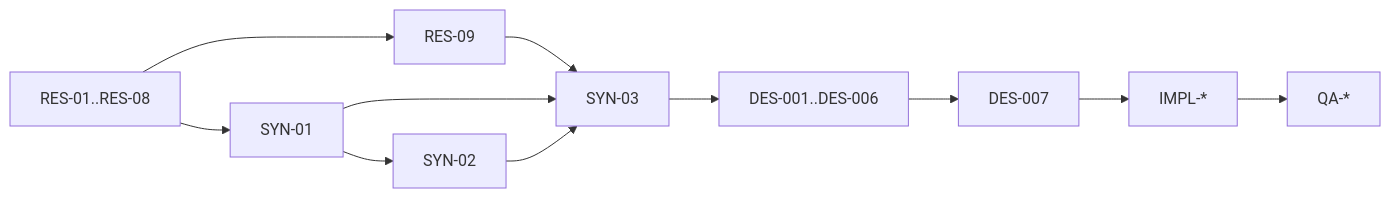
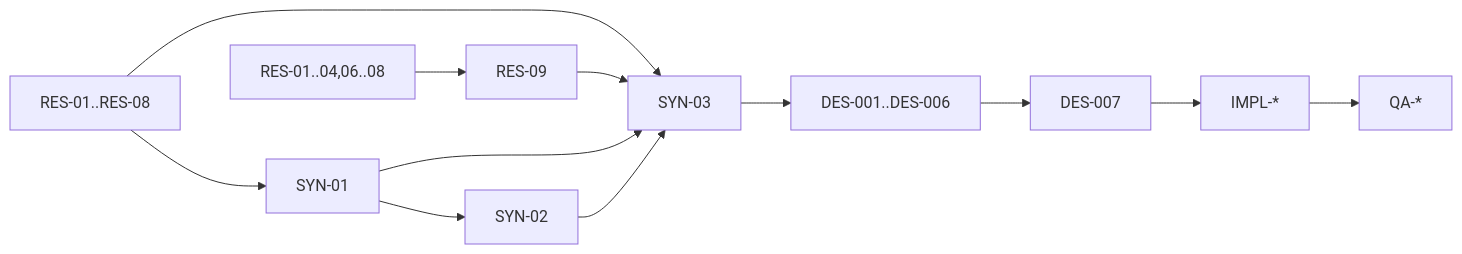
One commit to Glatzel/fornax changed the diagram in agent-work/tasks/raw-pipeline/README.md. Above: the diagram before and after it, drawn with Mermaid. The commit also changed other lines of this file and 8 other files, not shown here.

````diff
--- a/agent-work/tasks/raw-pipeline/README.md
+++ b/agent-work/tasks/raw-pipeline/README.md
@@ -66,13 +71,14 @@
 ```mermaid
 flowchart LR
     R0["RES-01..RES-08"] --> S1["SYN-01"]
-    R0 --> R9["RES-09"]
-    R9 --> S3["SYN-03"]
+    R0 --> S3["SYN-03"]
+    BackendReports["RES-01..04,06..08"] --> R9["RES-09"]
+    R9 --> S3
     S1 --> S2["SYN-02"]
     S1 --> S3
     S2 --> S3
     S3 --> D["DES-001..DES-006"]
     D --> G["DES-007"]
     G --> I["IMPL-*"]
     I --> Q["QA-*"]
 ```
````
